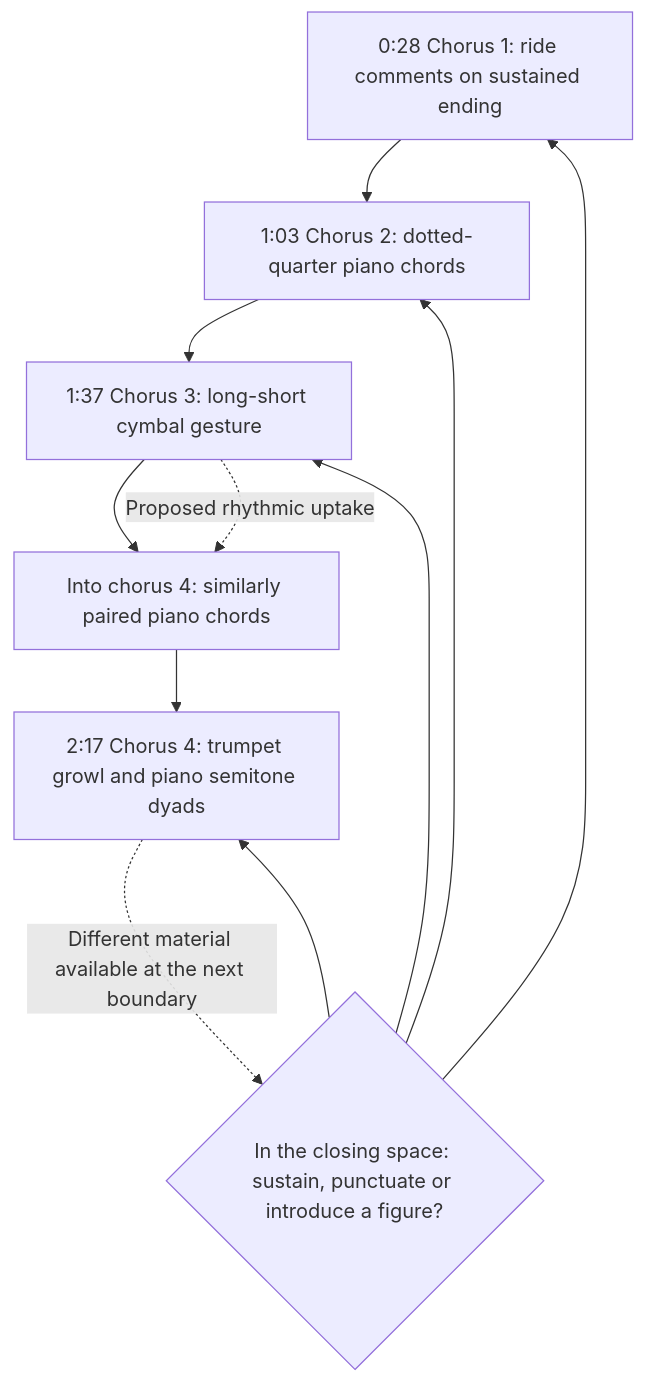
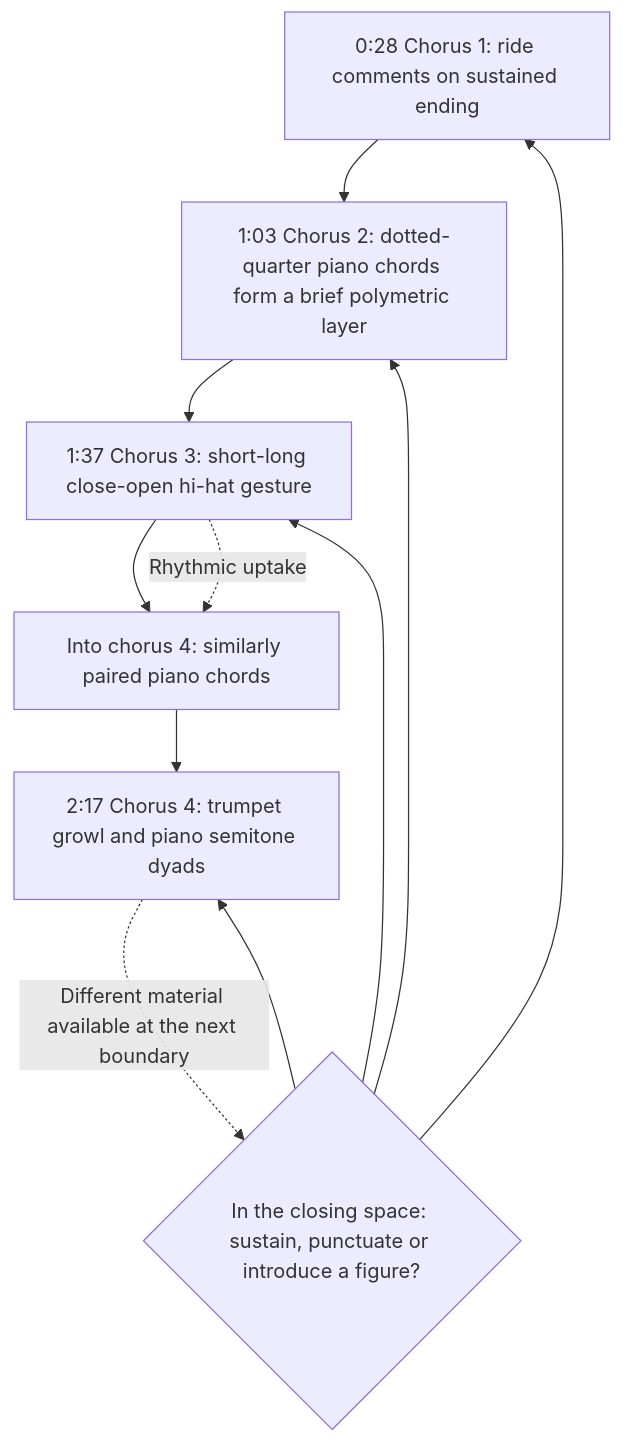
One commit to einbahnstrasse/nefertiti-analysis changed the diagram in mermaid/02-boundaries.md. Above: the diagram before and after it, drawn with Mermaid. The commit also changed other lines of this file and 21 other files, not shown here.

````diff
--- a/mermaid/02-boundaries.md
+++ b/mermaid/02-boundaries.md
@@ -9,13 +9,13 @@
 ```mermaid
 flowchart TD
- A["0:28 Chorus 1: ride comments on sustained ending"] --> B["1:03 Chorus 2: dotted-quarter piano chords"]
- B --> C["1:37 Chorus 3: long-short cymbal gesture"]
+ A["0:28 Chorus 1: ride comments on sustained ending"] --> B["1:03 Chorus 2: dotted-quarter piano chords form a brief polymetric layer"]
+ B --> C["1:37 Chorus 3: short-long close-open hi-hat gesture"]
  C --> D["Into chorus 4: similarly paired piano chords"]
  D --> E["2:17 Chorus 4: trumpet growl and piano semitone dyads"]
- C -. "Proposed rhythmic uptake" .-> D
+ C -. "Rhythmic uptake" .-> D
  Q{"In the closing space: sustain, punctuate or introduce a figure?"} --> A
  Q --> B
  Q --> C
  Q --> E
  E -. "Different material available at the next boundary" .-> Q
 ```
````
